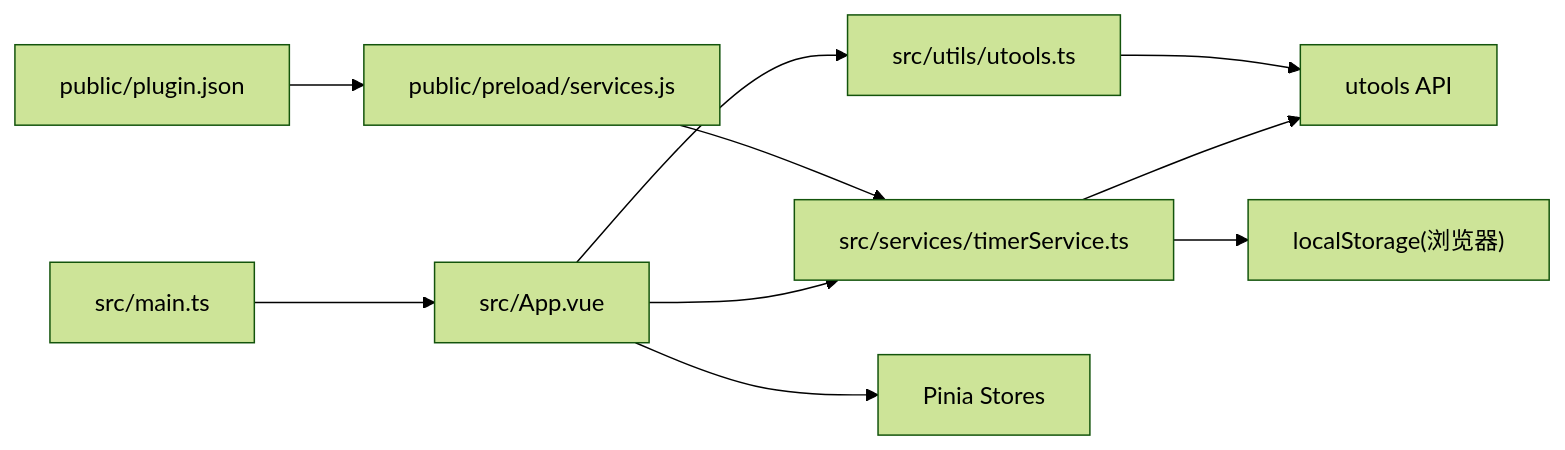
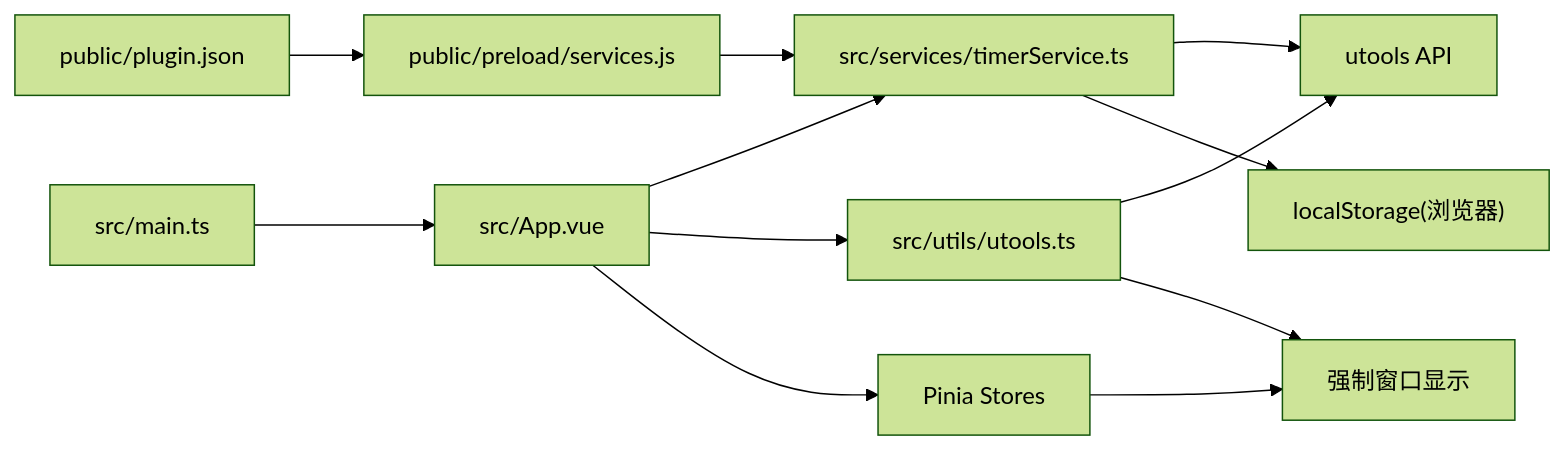
One commit to kqcoxn/utools-releax-tip changed the eighth of 8 diagrams in .qoder/repowiki/zh/content/服务层设计/utools 集成服务.md. Above: the diagram before and after it, drawn with Mermaid (forest theme). The commit also changed other lines of this file and 4 other files, not shown here.

````diff
--- a/.qoder/repowiki/zh/content/服务层设计/utools 集成服务.md
+++ b/.qoder/repowiki/zh/content/服务层设计/utools 集成服务.md
@@ -337,12 +376,14 @@
 ```mermaid
 graph LR
 PJSON["public/plugin.json"] --> PRE["public/preload/services.js"]
 PRE --> TSVC["src/services/timerService.ts"]
 MAIN["src/main.ts"] --> APP["src/App.vue"]
 APP --> TSVC
 APP --> UTL["src/utils/utools.ts"]
 APP --> PIN["Pinia Stores"]
 UTL --> UA["utools API"]
 TSVC --> UA
 TSVC --> LS["localStorage(浏览器)"]
+UTL --> FSW["强制窗口显示"]
+PIN --> FSW
 ```
````
